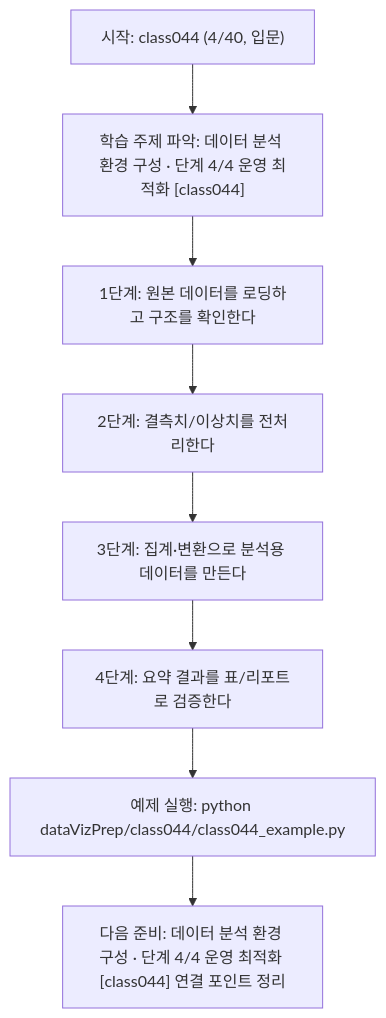
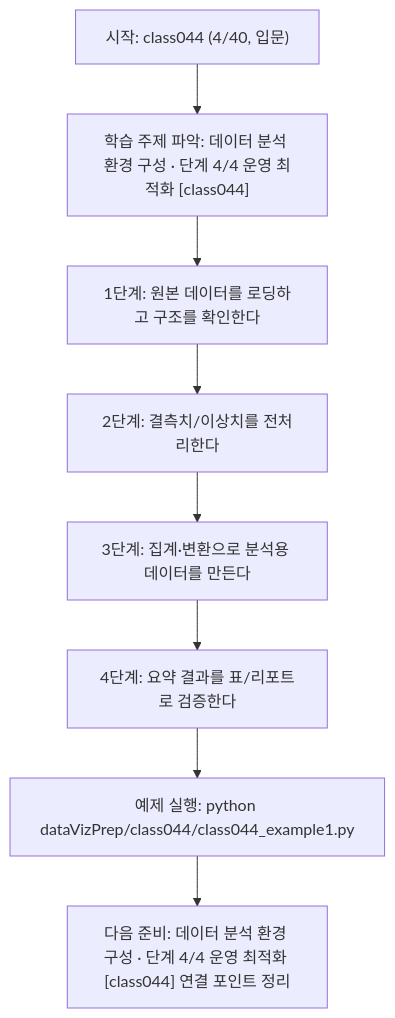
One commit to edumgt/Python-AI_Agent-Class changed the diagram in dataVizPrep/class044/class044.md. Above: the diagram before and after it, drawn with Mermaid. The commit also changed other lines of this file and 2959 other files, not shown here.

````diff
--- a/dataVizPrep/class044/class044.md
+++ b/dataVizPrep/class044/class044.md
@@ -112,18 +112,18 @@
 ```mermaid
 flowchart TD
 N1["시작: class044 (4/40, 입문)"]
 N2["학습 주제 파악: 데이터 분석 환경 구성 · 단계 4/4 운영 최적화 [class044]"]
 N3["1단계: 원본 데이터를 로딩하고 구조를 확인한다"]
 N4["2단계: 결측치/이상치를 전처리한다"]
 N5["3단계: 집계·변환으로 분석용 데이터를 만든다"]
 N6["4단계: 요약 결과를 표/리포트로 검증한다"]
-N7["예제 실행: python dataVizPrep/class044/class044_example.py"]
+N7["예제 실행: python dataVizPrep/class044/class044_example1.py"]
 N8["다음 준비: 데이터 분석 환경 구성 · 단계 4/4 운영 최적화 [class044] 연결 포인트 정리"]
 N1 --> N2
 N2 --> N3
 N3 --> N4
 N4 --> N5
 N5 --> N6
 N6 --> N7
 N7 --> N8
 ```
````
